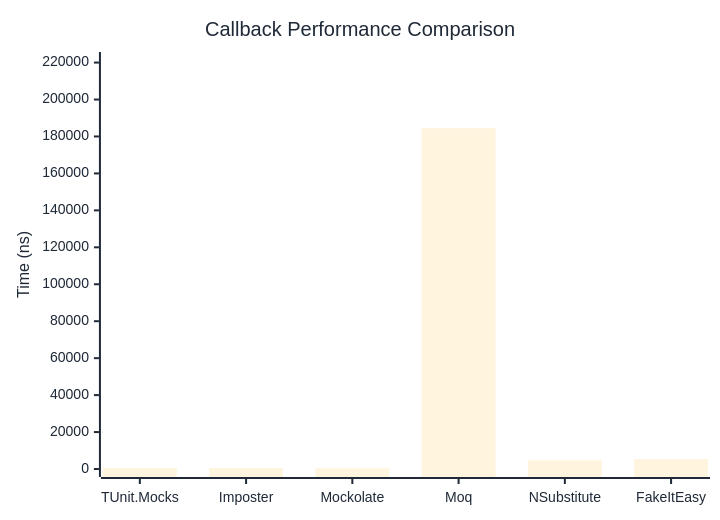
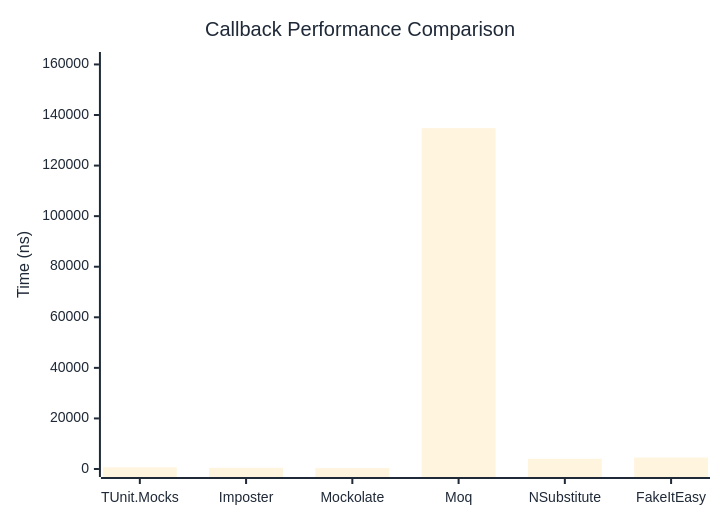
Before and after one commit to thomhurst/TUnit: the first of 2 diagrams in docs/docs/benchmarks/mocks/Callback.md, drawn with Mermaid. The commit also changed other lines of this file and 14 other files, not shown here.

````diff
--- a/docs/docs/benchmarks/mocks/Callback.md
+++ b/docs/docs/benchmarks/mocks/Callback.md
@@ -28,27 +28,27 @@
 ```mermaid
 %%{init: {
   'theme':'base',
   'themeVariables': {
     'primaryColor': '#2563eb',
     'primaryTextColor': '#1f2937',
     'primaryBorderColor': '#1e40af',
     'lineColor': '#6b7280',
     'secondaryColor': '#7c3aed',
     'tertiaryColor': '#dc2626',
     'background': '#ffffff',
     'pie1': '#2563eb',
     'pie2': '#7c3aed',
     'pie3': '#dc2626',
     'pie4': '#f59e0b',
     'pie5': '#10b981',
     'pie6': '#06b6d4',
     'pie7': '#ec4899',
     'pie8': '#6366f1'
   }
 }}%%
 xychart-beta
   title "Callback Performance Comparison"
   x-axis ["TUnit.Mocks", "Imposter", "Mockolate", "Moq", "NSubstitute", "FakeItEasy"]
-  y-axis "Time (ns)" 0 --> 221396
-  bar [653.7, 518.2, 356.2, 184495.9, 4669.3, 5347.5]
+  y-axis "Time (ns)" 0 --> 161756
+  bar [651.5, 462.3, 343.5, 134795.9, 4047, 4525.1]
 ```
````
